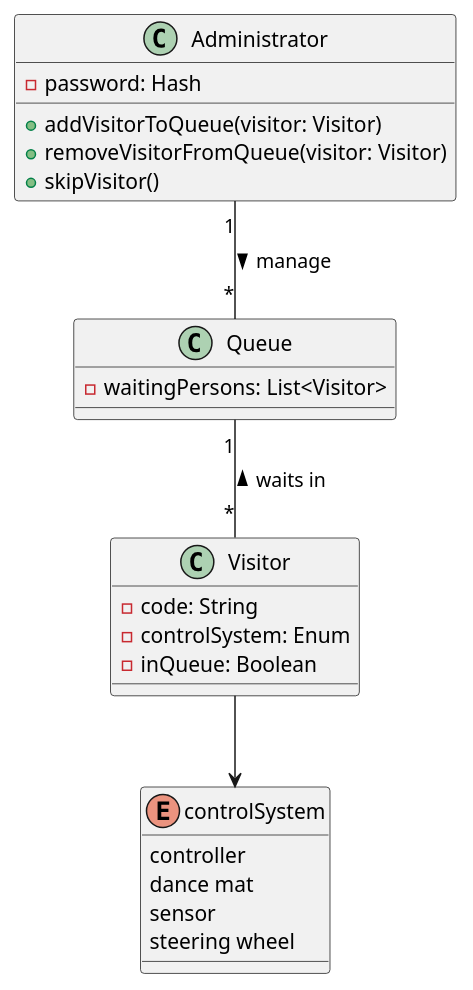
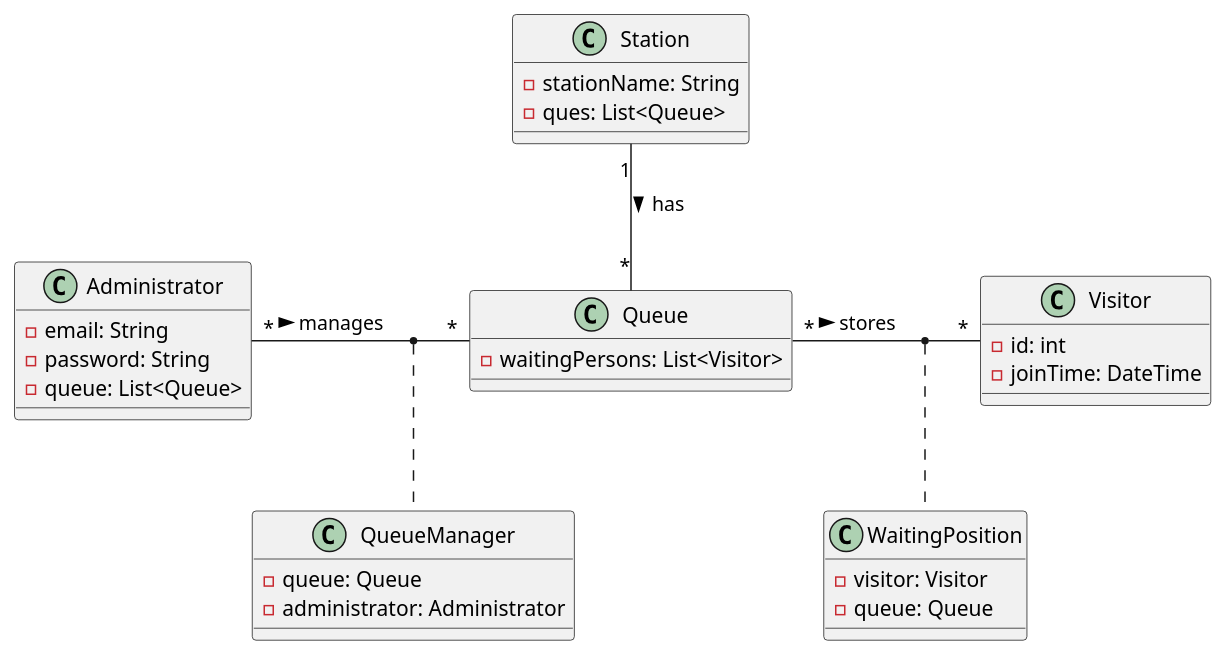
Before and after one commit to 2324-3bhif-teaching/AppointmentManagement: the diagram in asciidocs/plantuml/Klassendiagramm.puml, drawn with PlantUML.

Commit message:
fix: updated cld to new project version

```diff
--- a/asciidocs/plantuml/Klassendiagramm.puml
+++ b/asciidocs/plantuml/Klassendiagramm.puml
@@ -1,29 +1,39 @@
 @startuml
+
+class Administrator {
+    - email: String
+    - password: String
+    - queue: List<Queue>
+}
+
+class Station {
+    - stationName: String
+    - ques: List<Queue>
+}
+
+class QueueManager {
+    - queue: Queue
+    - administrator: Administrator
+}
+
 class Queue {
     - waitingPersons: List<Visitor>
 }
 
-class Visitor {
-    - code: String
-    - controlSystem: Enum
-    - inQueue: Boolean
+class WaitingPosition {
+    - visitor: Visitor
+    - queue: Queue
 }
 
-class Administrator {
-    - password: Hash
-    + addVisitorToQueue(visitor: Visitor)
-    + removeVisitorFromQueue(visitor: Visitor)
-    + skipVisitor()
+class Visitor {
+    - id: int
+    - joinTime: DateTime
 }
 
-enum controlSystem {
-    controller
-    dance mat
-    sensor
-    steering wheel
-}
+Administrator "*" - "*" Queue : > manages
+(Administrator, Queue) .. QueueManager
+Station "1" -- "*" Queue : > has
+Queue "*" - "*" Visitor : > stores
+(Queue, Visitor) .. WaitingPosition
 
-Queue "1" -- "*" Visitor : < waits in
-Administrator "1" -- "*" Queue : > manage
-Visitor --> controlSystem
 @enduml
```
